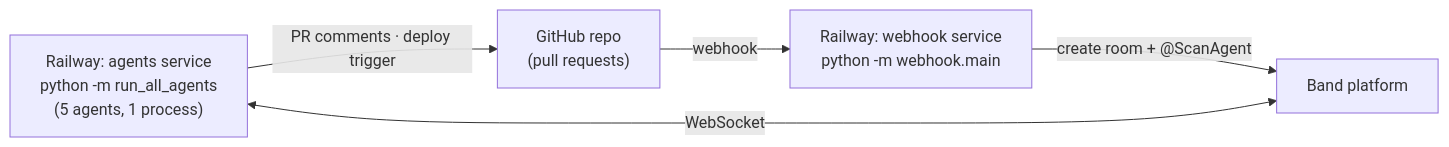
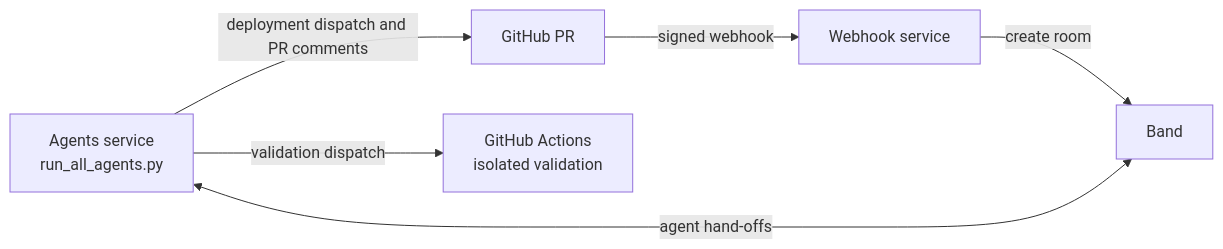
One commit to PiyushAgarwalcs/MergeGuard-Automated-PR-Security-Policy-Enforcement changed the second of 2 diagrams in ARCHITECTURE.md. Above: the diagram before and after it, drawn with Mermaid. The commit also changed other lines of this file and 33 other files, not shown here.

Commit message:
Harden PR validation and deployment gates

````diff
--- a/ARCHITECTURE.md
+++ b/ARCHITECTURE.md
@@ -86,7 +89,8 @@
 ```mermaid
 flowchart LR
-    GH["GitHub repo<br/>(pull requests)"] -->|webhook| WHS["Railway: webhook service<br/>python -m webhook.main"]
-    WHS -->|"create room + @ScanAgent"| BANDP["Band platform"]
-    AGS["Railway: agents service<br/>python -m run_all_agents<br/>(5 agents, 1 process)"] <-->|WebSocket| BANDP
-    AGS -->|"PR comments · deploy trigger"| GH
+    GH["GitHub PR"] -->|signed webhook| WEB["Webhook service"]
+    WEB -->|create room| BAND["Band"]
+    AGENTS["Agents service<br/>run_all_agents.py"] <-->|agent hand-offs| BAND
+    AGENTS -->|validation dispatch| ACTIONS["GitHub Actions<br/>isolated validation"]
+    AGENTS -->|deployment dispatch and PR comments| GH
 ```
````
